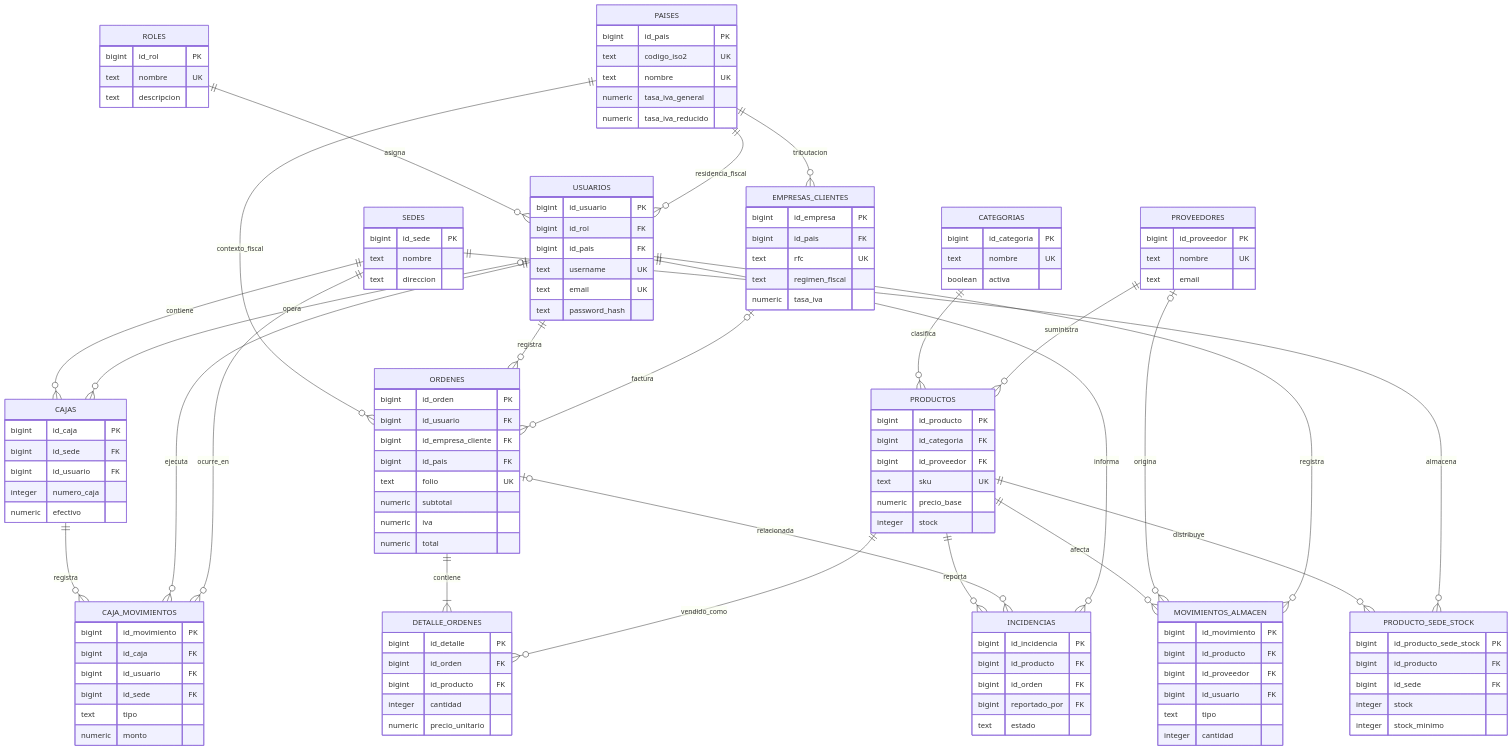
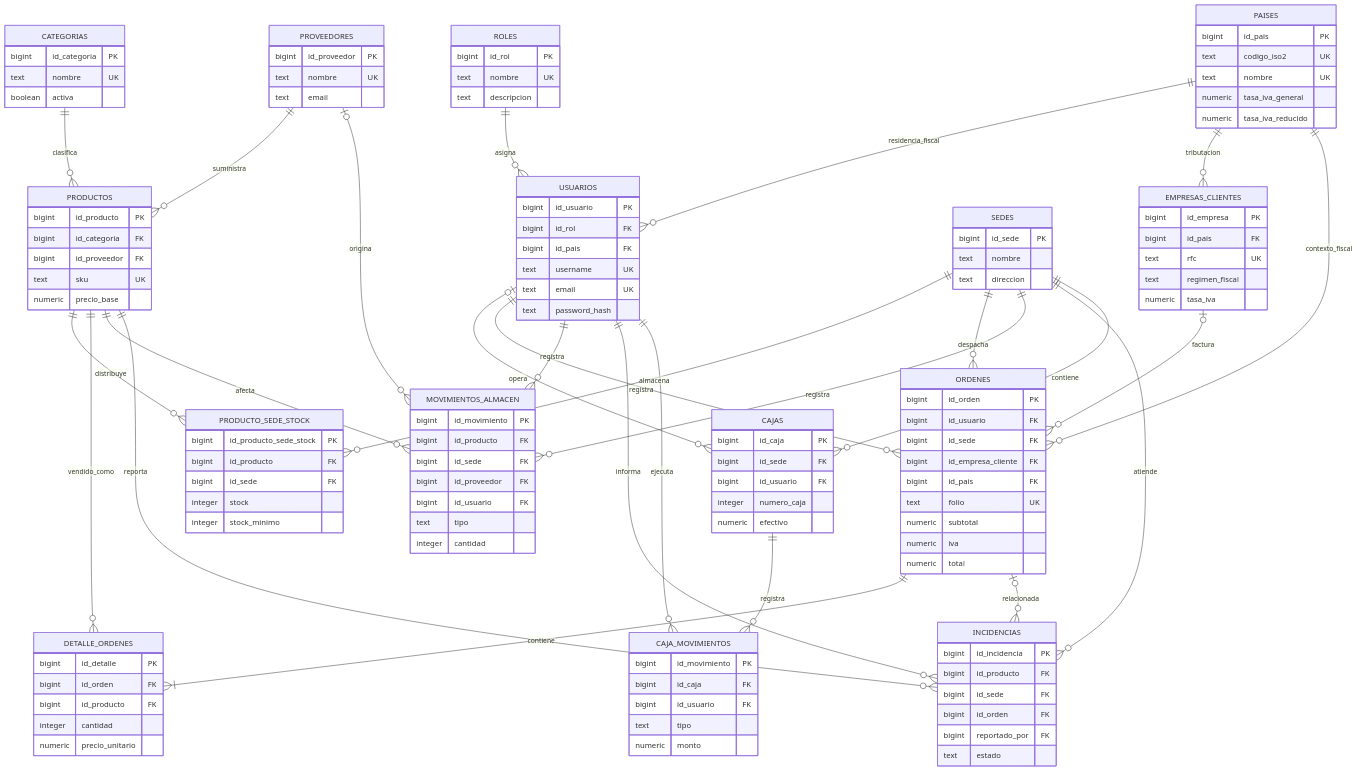
One commit to henrypapi/Clan-FC-Angular changed the diagram in backend/docs/diagrama-er.md. Above: the diagram before and after it, drawn with Mermaid. The commit also changed other lines of this file, not shown here.

Commit message:
docs: actualiza diagrama ER en 3FN

```diff
--- a/backend/docs/diagrama-er.md
+++ b/backend/docs/diagrama-er.md
@@ -10,6 +10,9 @@
     PROVEEDORES ||--o{ PRODUCTOS : suministra
     PRODUCTOS ||--o{ PRODUCTO_SEDE_STOCK : distribuye
     SEDES ||--o{ PRODUCTO_SEDE_STOCK : almacena
+    SEDES ||--o{ ORDENES : despacha
+    SEDES ||--o{ MOVIMIENTOS_ALMACEN : registra
+    SEDES ||--o{ INCIDENCIAS : atiende
     SEDES ||--o{ CAJAS : contiene
     USUARIOS o|--o{ CAJAS : opera
     USUARIOS ||--o{ ORDENES : registra
@@ -24,7 +27,6 @@
     USUARIOS ||--o{ INCIDENCIAS : informa
     CAJAS ||--o{ CAJA_MOVIMIENTOS : registra
     USUARIOS ||--o{ CAJA_MOVIMIENTOS : ejecuta
-    SEDES ||--o{ CAJA_MOVIMIENTOS : ocurre_en
 
     ROLES {
         bigint id_rol PK
@@ -62,7 +64,6 @@
         bigint id_proveedor FK
         text sku UK
         numeric precio_base
-        integer stock
     }
     SEDES {
         bigint id_sede PK
@@ -93,6 +94,7 @@
     ORDENES {
         bigint id_orden PK
         bigint id_usuario FK
+        bigint id_sede FK
         bigint id_empresa_cliente FK
         bigint id_pais FK
         text folio UK
@@ -110,6 +112,7 @@
     MOVIMIENTOS_ALMACEN {
         bigint id_movimiento PK
         bigint id_producto FK
+        bigint id_sede FK
         bigint id_proveedor FK
         bigint id_usuario FK
         text tipo
@@ -118,6 +121,7 @@
     INCIDENCIAS {
         bigint id_incidencia PK
         bigint id_producto FK
+        bigint id_sede FK
         bigint id_orden FK
         bigint reportado_por FK
         text estado
@@ -126,7 +130,6 @@
         bigint id_movimiento PK
         bigint id_caja FK
         bigint id_usuario FK
-        bigint id_sede FK
         text tipo
         numeric monto
     }
```
